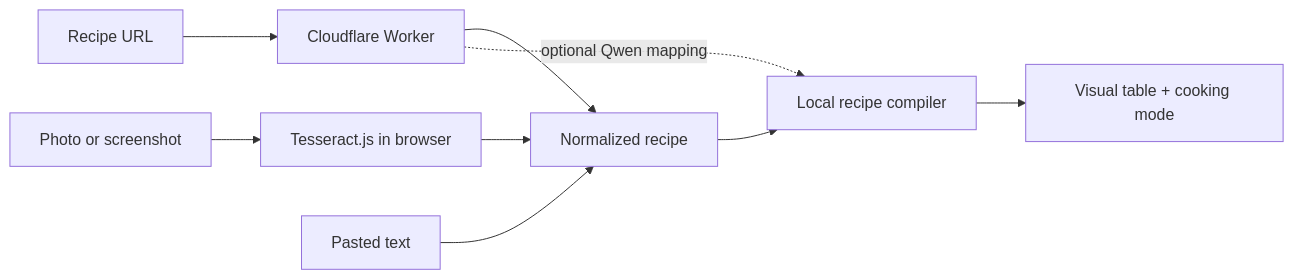
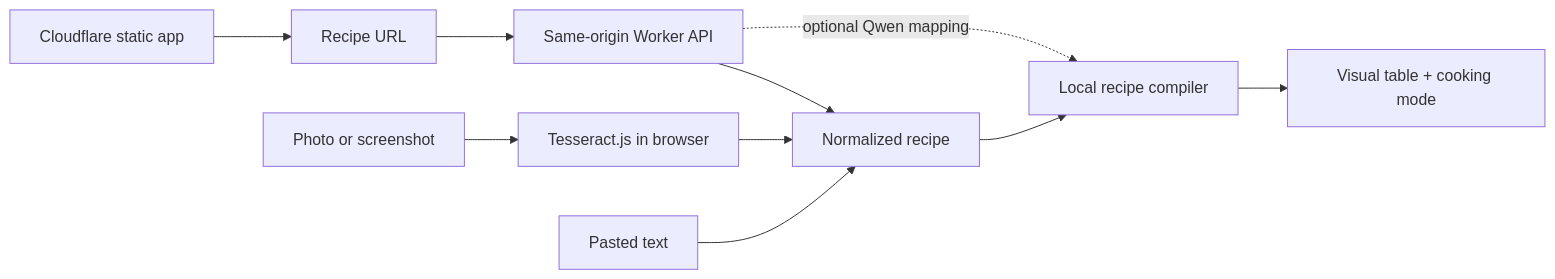
The diagram in README.md (nroze22/RecipeTable), drawn with Mermaid before and after one commit. The commit also changed other lines of this file and 8 other files, not shown here.

Commit message:
Deploy RecipeTable as one Cloudflare Worker

````diff
--- a/README.md
+++ b/README.md
@@ -16,11 +17,12 @@
 ```mermaid
 flowchart LR
-    URL["Recipe URL"] --> Worker["Cloudflare Worker"]
+    Browser["Cloudflare static app"] --> URL["Recipe URL"]
+    URL --> Worker["Same-origin Worker API"]
     Worker --> Structured["Normalized recipe"]
     Photo["Photo or screenshot"] --> OCR["Tesseract.js in browser"]
     Text["Pasted text"] --> Structured
     OCR --> Structured
     Structured --> Compiler["Local recipe compiler"]
     Compiler --> Table["Visual table + cooking mode"]
     Worker -. optional Qwen mapping .-> Compiler
 ```
````
